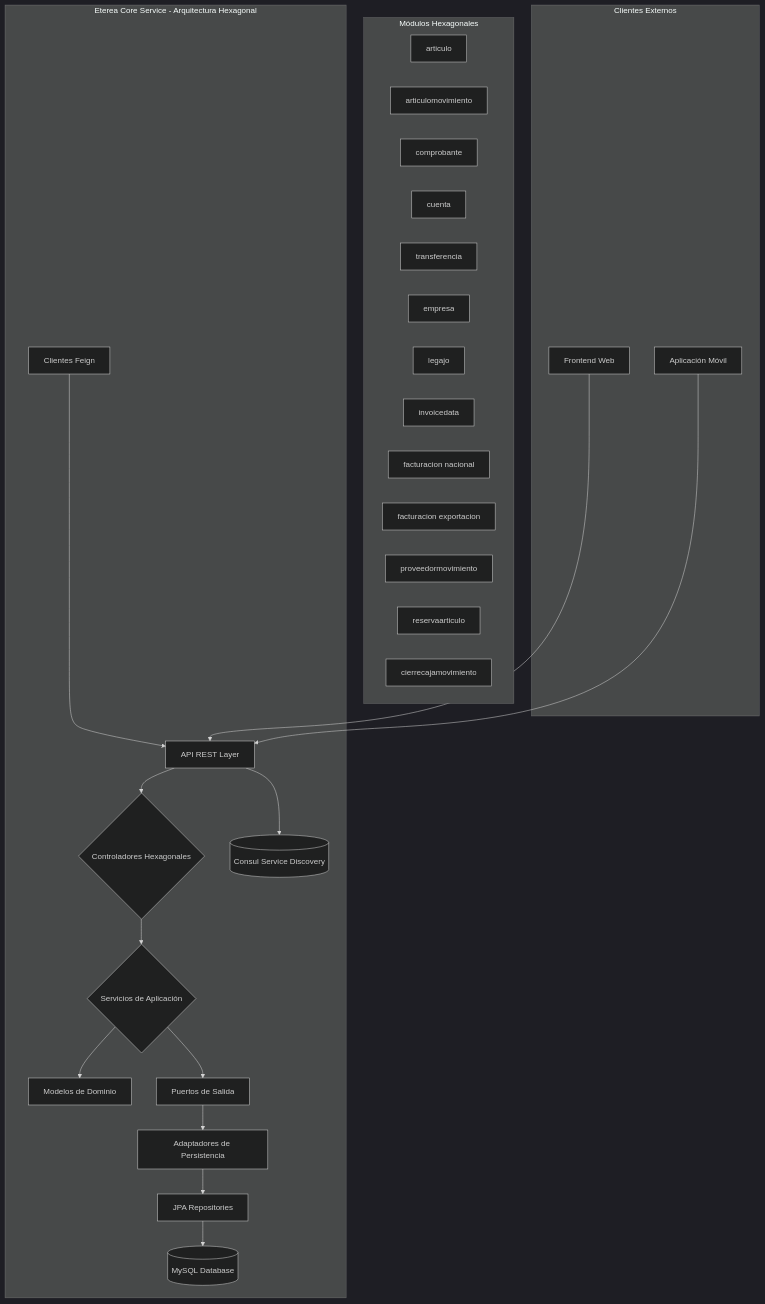
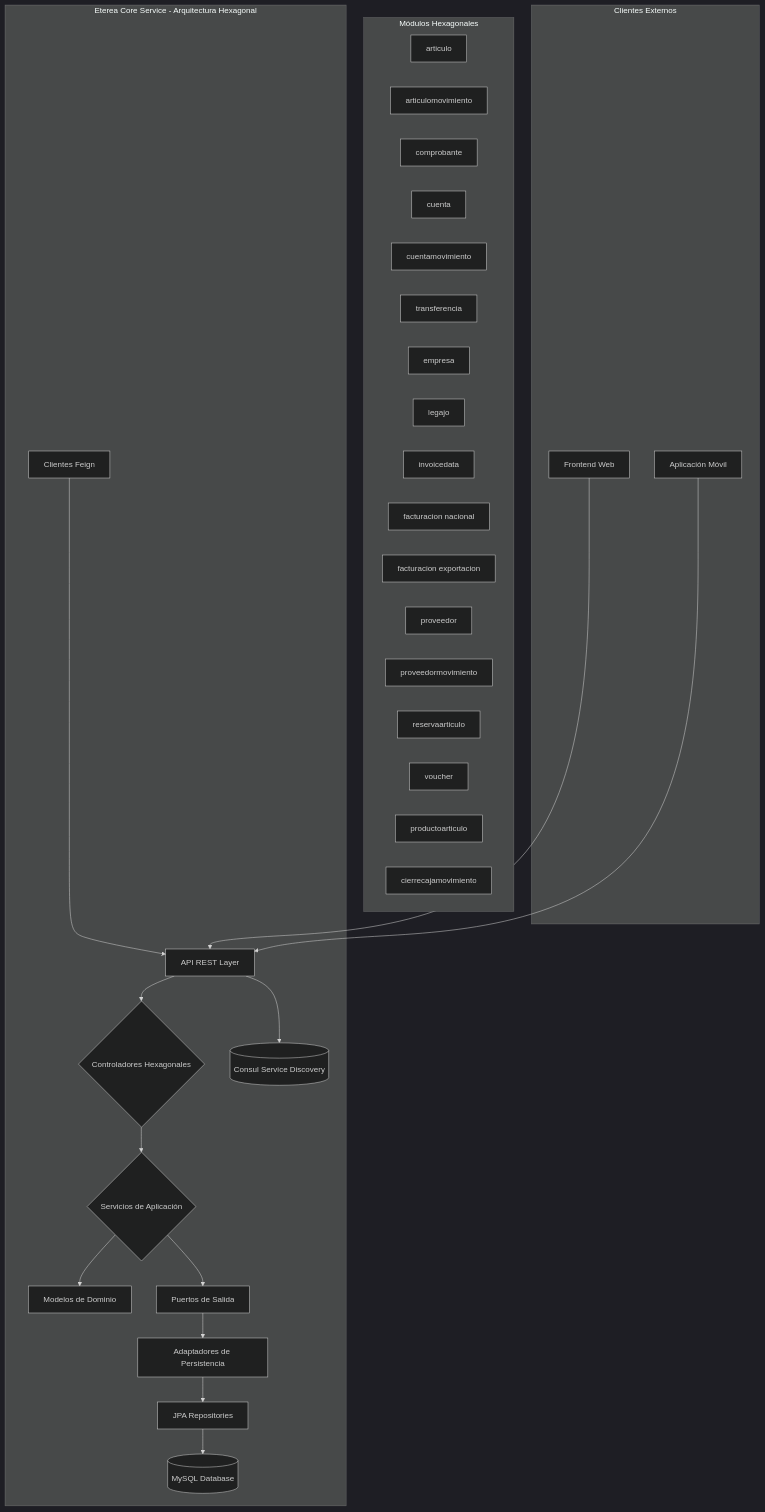
Before and after one commit to ETEREA-services/ETEREA.core-service: the diagram in docs/diagrams/mermaid/component-diagram.mmd, drawn with Mermaid (dark theme). The commit also changed 7 other files, not shown here.

First line of the commit message:
docs: actualizar README, CHANGELOG y diagramas

```diff
--- a/docs/diagrams/mermaid/component-diagram.mmd
+++ b/docs/diagrams/mermaid/component-diagram.mmd
@@ -1,33 +1,37 @@
 graph TD
     subgraph "Eterea Core Service - Arquitectura Hexagonal"
         API[API REST Layer] --> HEX{Controladores Hexagonales};
         HEX --> APP{Servicios de Aplicación};
         APP --> DOM[Modelos de Dominio];
         APP --> PORTS[Puertos de Salida];
         PORTS --> ADAPT[Adaptadores de Persistencia];
         ADAPT --> JPA[JPA Repositories];
         JPA --> DB[(MySQL Database)];
         API --> CONSUL[(Consul Service Discovery)];
         F[Clientes Feign] --> API;
     end
 
     subgraph "Módulos Hexagonales"
         ART[articulo]
         AM[articulomovimiento]
         COMP[comprobante]
         CTA[cuenta]
+        CM[cuentamovimiento]
         TRF[transferencia]
         EMP[empresa]
         LEG[legajo]
         INV[invoicedata]
         FN[facturacion nacional]
         FE[facturacion exportacion]
+        PRV[proveedor]
         PM[proveedormovimiento]
         RA[reservaarticulo]
+        VCH[voucher]
+        PA[productoarticulo]
         CC[cierrecajamovimiento]
     end
 
     subgraph "Clientes Externos"
         WEB[Frontend Web] --> API;
         MOB[Aplicación Móvil] --> API;
     end
```
